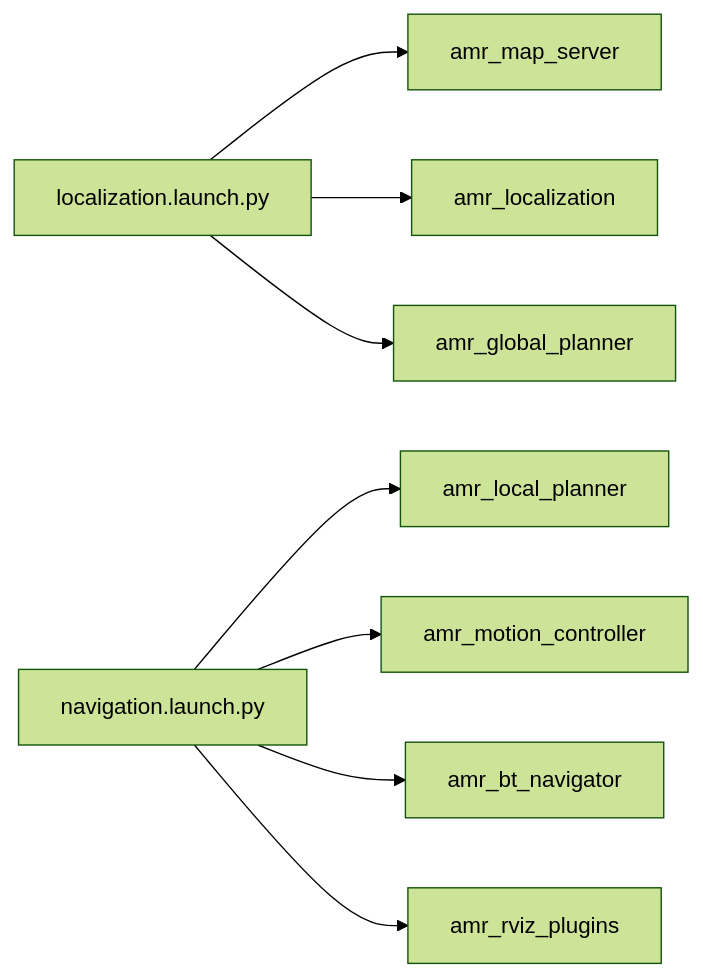
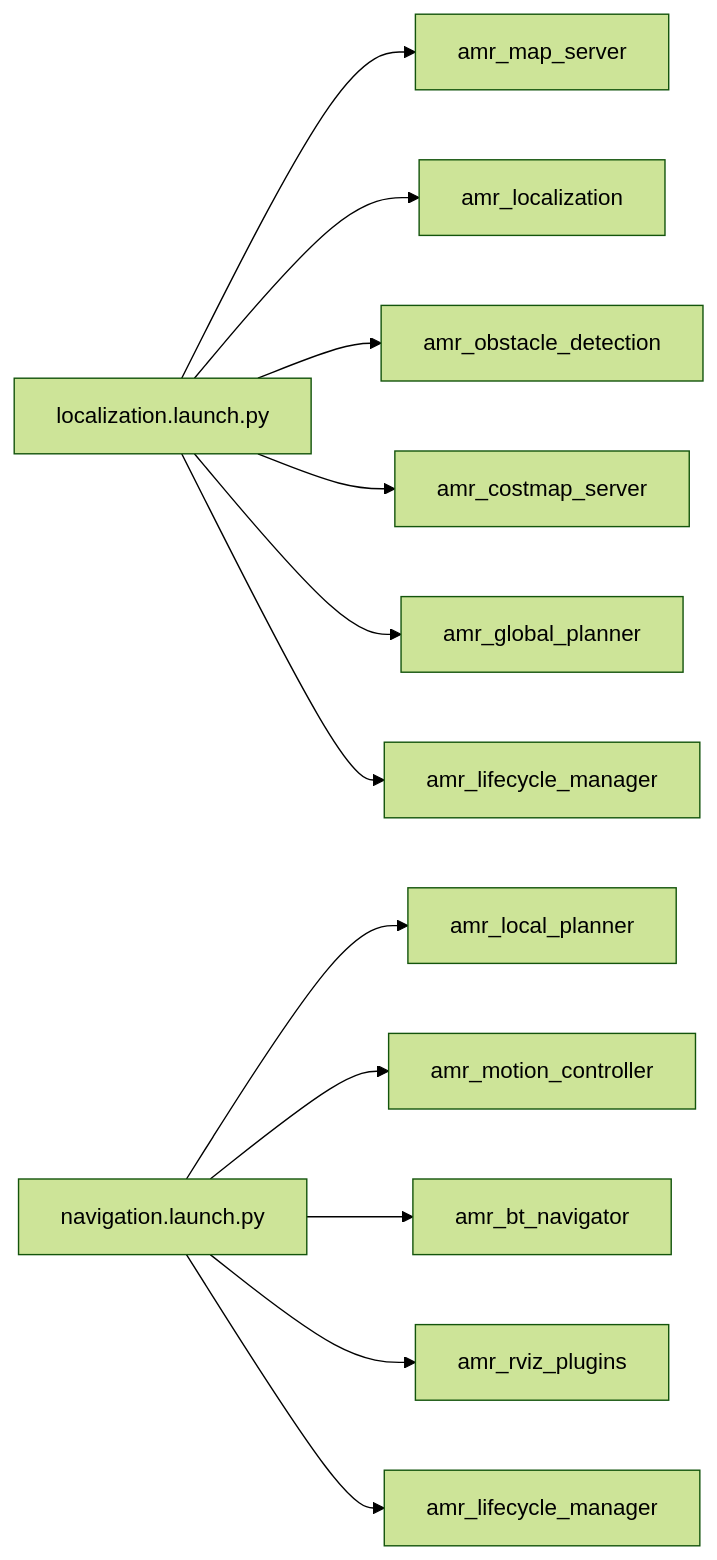
The diagram in amr_bringup/README.md (reidlo5135/ros-amr-navigation), drawn with Mermaid (forest theme) before and after one commit. The commit also changed other lines of this file and 33 other files, not shown here.

Commit message:
refactor: introduce obstacle detection and centralized costmap ownership

````diff
--- a/amr_bringup/README.md
+++ b/amr_bringup/README.md
@@ -45,10 +49,14 @@
 ```mermaid
 flowchart LR
     A[localization.launch.py] --> B[amr_map_server]
     A --> C[amr_localization]
-    A --> D[amr_global_planner]
-    E[navigation.launch.py] --> F[amr_local_planner]
-    E --> G[amr_motion_controller]
-    E --> H[amr_bt_navigator]
-    E --> I[amr_rviz_plugins]
+    A --> D[amr_obstacle_detection]
+    A --> E[amr_costmap_server]
+    A --> F[amr_global_planner]
+    A --> G[amr_lifecycle_manager]
+    H[navigation.launch.py] --> I[amr_local_planner]
+    H --> J[amr_motion_controller]
+    H --> K[amr_bt_navigator]
+    H --> L[amr_rviz_plugins]
+    H --> M[amr_lifecycle_manager]
 ```
````
